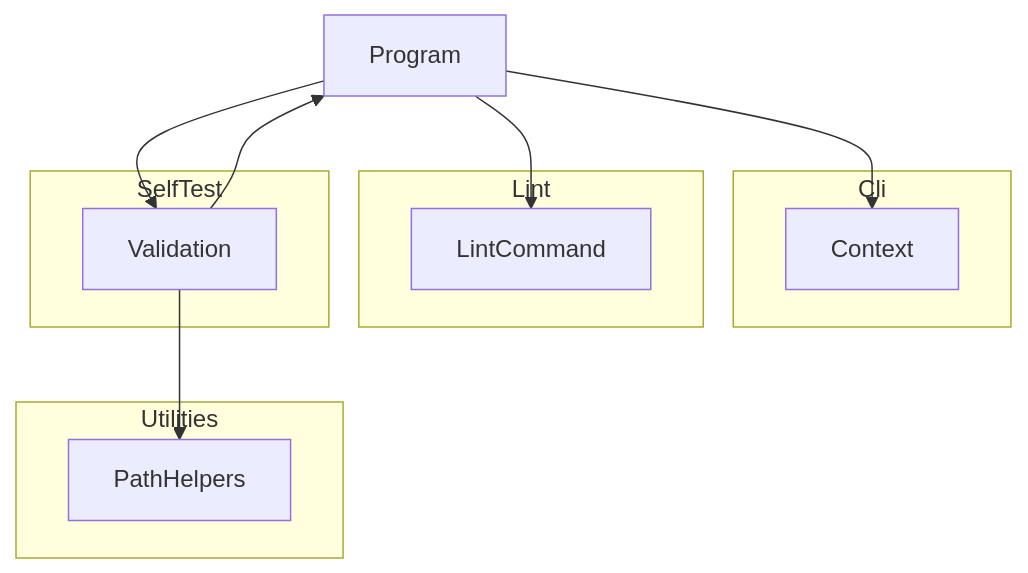
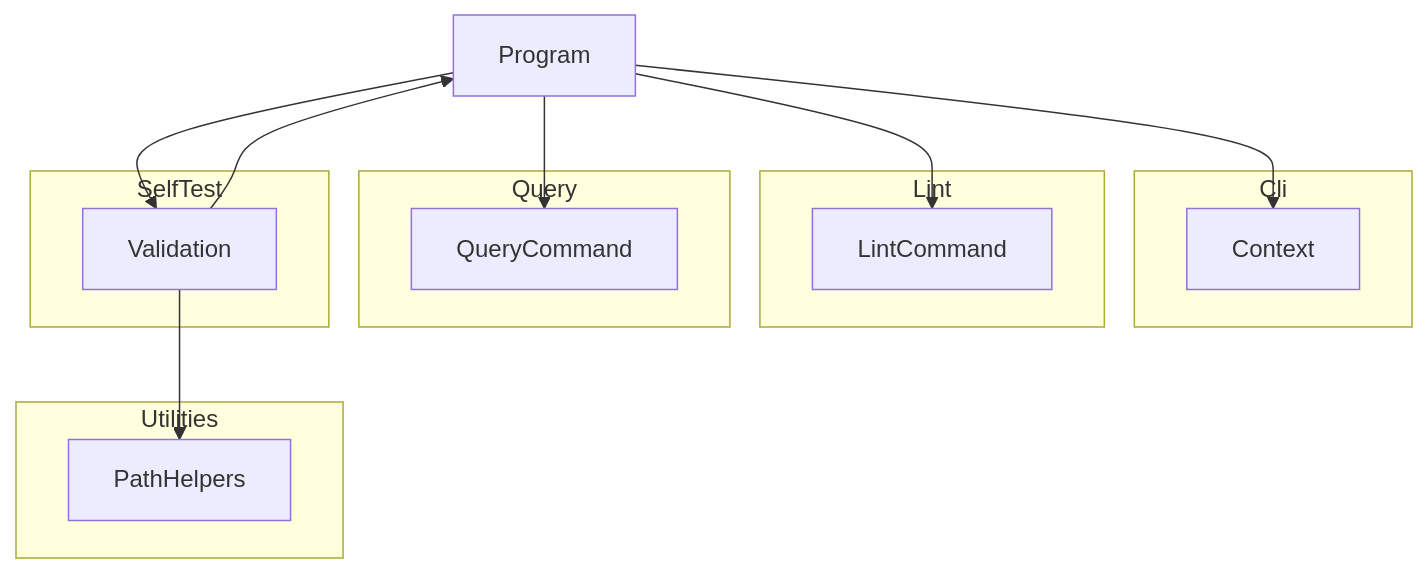
Before and after one commit to demaconsulting/SysML2Tools: the diagram in docs/design/sysml2-tools-tool.md, drawn with Mermaid. The commit also changed other lines of this file and 94 other files, not shown here.

First line of the commit message:
Refactor roadmap and enhance query command with CLI improvements (#13)

````diff
--- a/docs/design/sysml2-tools-tool.md
+++ b/docs/design/sysml2-tools-tool.md
@@ -9,21 +9,25 @@
 ```mermaid
 flowchart TD
     Program
     subgraph Cli
         Context
     end
     subgraph Lint
         LintCommand
     end
+    subgraph Query
+        QueryCommand
+    end
     subgraph SelfTest
         Validation
     end
     subgraph Utilities
         PathHelpers
     end
     Program --> Context
     Program --> LintCommand
+    Program --> QueryCommand
     Program --> Validation
     Validation --> Program
     Validation --> PathHelpers
 ```
````
